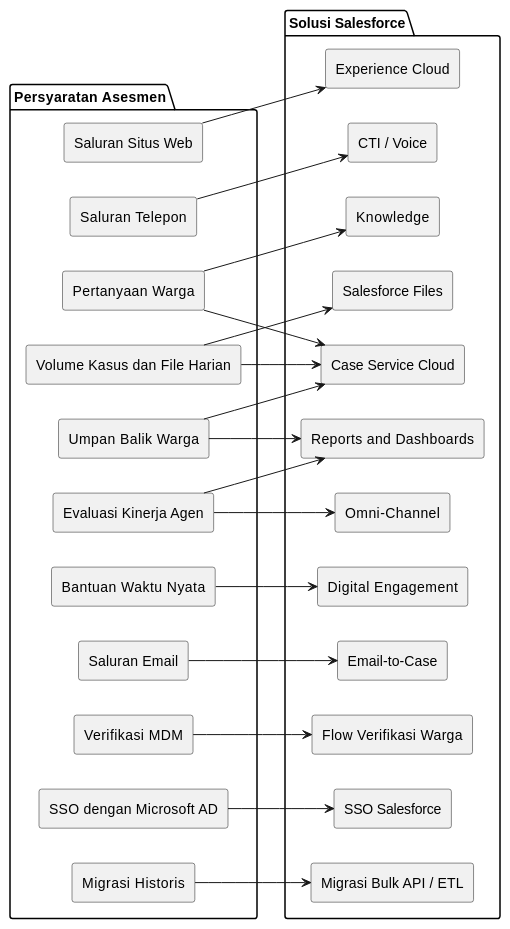
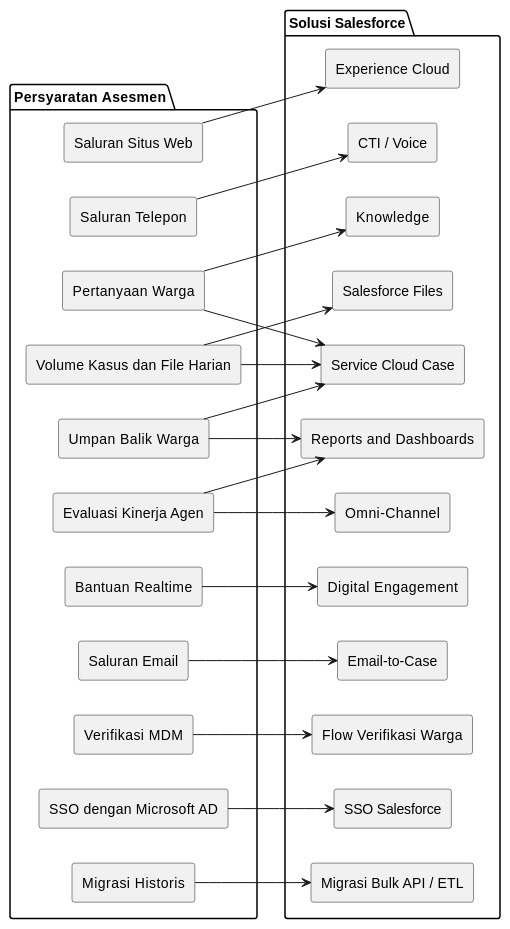
One commit to jimmytobing/virtusa changed the first of 26 diagrams in doc/SADD Task 2 - Bahasa Indonesia.md. Above: the diagram before and after it, drawn with PlantUML. The commit also changed other lines of this file, not shown here.

````diff
--- a/doc/SADD Task 2 - Bahasa Indonesia.md
+++ b/doc/SADD Task 2 - Bahasa Indonesia.md
@@ -19,52 +21,52 @@
 ```plantuml
 @startuml
 left to right direction
 skinparam componentStyle rectangle
 
 package "Persyaratan Asesmen" {
   [Pertanyaan Warga]
   [Umpan Balik Warga]
   [Saluran Situs Web]
   [Saluran Telepon]
-  [Bantuan Waktu Nyata]
+  [Bantuan Realtime]
   [Saluran Email]
   [Verifikasi MDM]
   [SSO dengan Microsoft AD]
   [Migrasi Historis]
   [Volume Kasus dan File Harian]
   [Evaluasi Kinerja Agen]
 }
 
 package "Solusi Salesforce" {
-  [Case Service Cloud]
+  [Service Cloud Case]
   [Experience Cloud]
   [CTI / Voice]
   [Digital Engagement]
   [Email-to-Case]
   [Flow Verifikasi Warga]
   [SSO Salesforce]
   [Migrasi Bulk API / ETL]
   [Salesforce Files]
   [Reports and Dashboards]
   [Omni-Channel]
   [Knowledge]
 }
 
-[Pertanyaan Warga] --> [Case Service Cloud]
+[Pertanyaan Warga] --> [Service Cloud Case]
 [Pertanyaan Warga] --> [Knowledge]
-[Umpan Balik Warga] --> [Case Service Cloud]
+[Umpan Balik Warga] --> [Service Cloud Case]
 [Umpan Balik Warga] --> [Reports and Dashboards]
 [Saluran Situs Web] --> [Experience Cloud]
 [Saluran Telepon] --> [CTI / Voice]
-[Bantuan Waktu Nyata] --> [Digital Engagement]
+[Bantuan Realtime] --> [Digital Engagement]
 [Saluran Email] --> [Email-to-Case]
 [Verifikasi MDM] --> [Flow Verifikasi Warga]
 [SSO dengan Microsoft AD] --> [SSO Salesforce]
 [Migrasi Historis] --> [Migrasi Bulk API / ETL]
 [Volume Kasus dan File Harian] --> [Salesforce Files]
-[Volume Kasus dan File Harian] --> [Case Service Cloud]
+[Volume Kasus dan File Harian] --> [Service Cloud Case]
 [Evaluasi Kinerja Agen] --> [Reports and Dashboards]
 [Evaluasi Kinerja Agen] --> [Omni-Channel]
 
 @enduml
 ```
````
